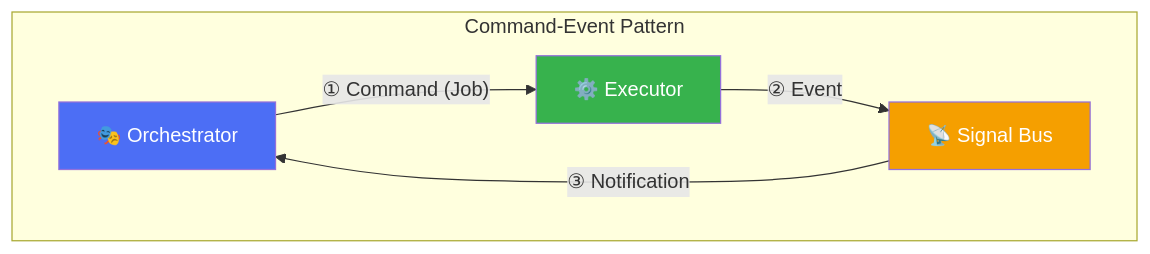
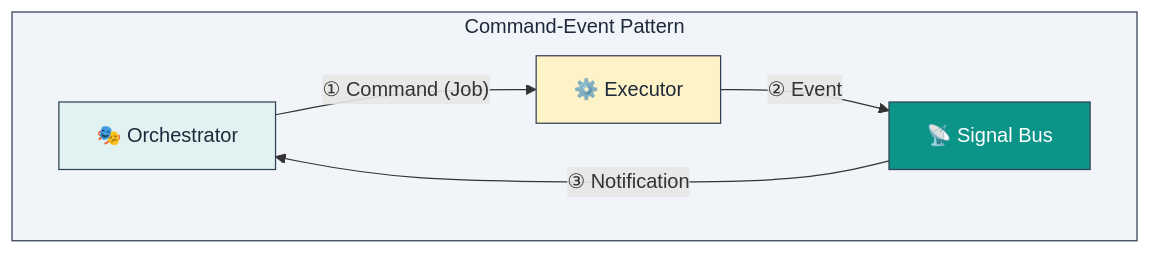
Before and after one commit to lploc94/flutter_orchestrator: the third of 11 diagrams in book/chapters/02_architecture_concepts.md, drawn with Mermaid. The commit also changed other lines of this file and 3 other files, not shown here.

````diff
--- a/book/chapters/02_architecture_concepts.md
+++ b/book/chapters/02_architecture_concepts.md
@@ -75,16 +81,17 @@
 ```mermaid
 graph TB
     subgraph Pattern["Command-Event Pattern"]
         Orch["🎭 Orchestrator"]
         Exec["⚙️ Executor"]
         Bus["📡 Signal Bus"]
         
         Orch -->|"① Command (Job)"| Exec
         Exec -->|"② Event"| Bus
         Bus -->|"③ Notification"| Orch
     end
     
-    style Orch fill:#4c6ef5,color:#fff
-    style Exec fill:#37b24d,color:#fff
-    style Bus fill:#f59f00,color:#fff
+    style Pattern fill:#f1f5f9,stroke:#334155,color:#1e293b
+    style Orch fill:#e0f2f1,stroke:#334155,color:#1e293b
+    style Exec fill:#fef3c7,stroke:#334155,color:#1e293b
+    style Bus fill:#0d9488,stroke:#334155,color:#ffffff
 ```
````
